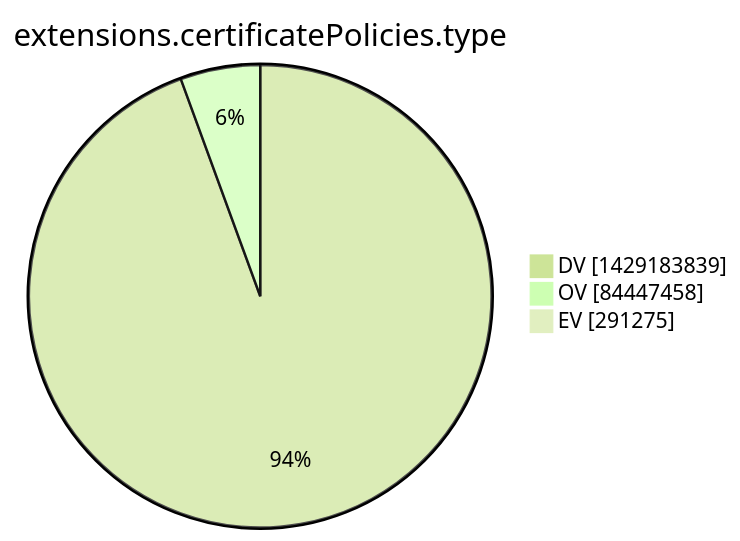
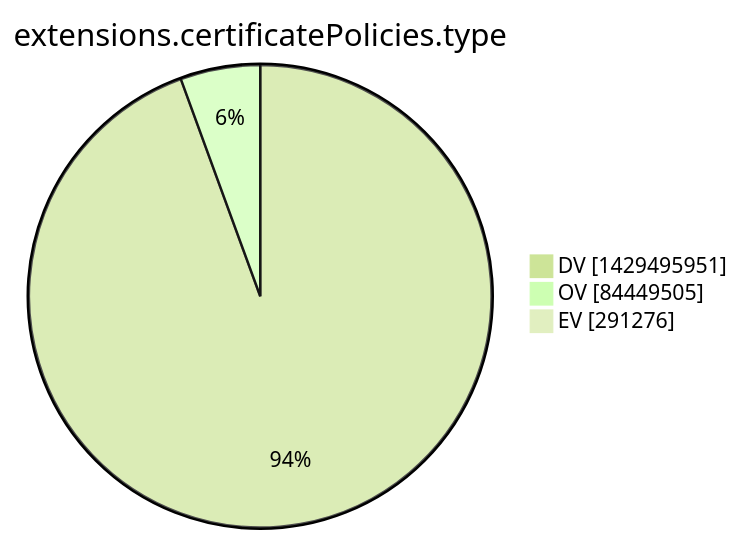
One commit to christiankrug/ctmonitor_visualization changed the tenth of 15 diagrams in argon2022/README.md. Above: the diagram before and after it, drawn with Mermaid (forest theme). The commit also changed other lines of this file, not shown here.

````diff
--- a/argon2022/README.md
+++ b/argon2022/README.md
@@ -2773,7 +2773,7 @@
 ```mermaid
 pie showData
 title extensions.certificatePolicies.type
-"DV" :1429183839
-"OV" :84447458
-"EV" :291275
+"DV" :1429495951
+"OV" :84449505
+"EV" :291276
 ```
````
